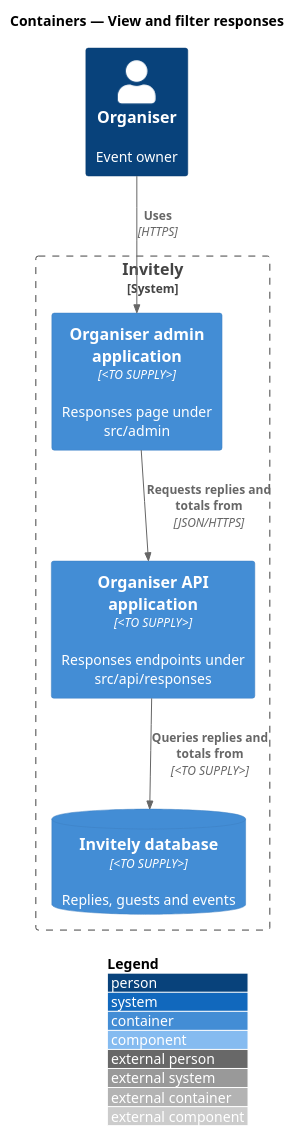
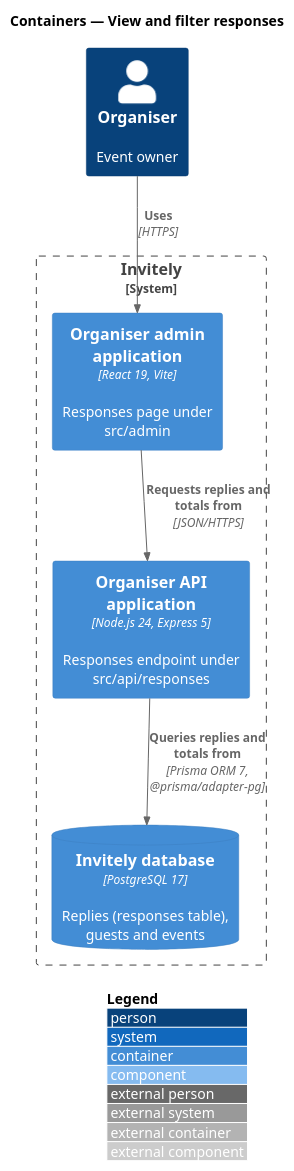
One commit to QuinntyneBrown/rsvp-cms changed the diagram in docs/detailed-designs/responses/view-responses/diagrams/c4-container.puml. Above: the diagram before and after it, drawn with PlantUML. The commit also changed 45 other files, not shown here.

Commit message:
Add design-system component pages and tokens.json, fill in technologies in design diagrams

```diff
--- a/docs/detailed-designs/responses/view-responses/diagrams/c4-container.puml
+++ b/docs/detailed-designs/responses/view-responses/diagrams/c4-container.puml
@@ -1,15 +1,15 @@
 @startuml
 !include <C4/C4_Component>
 LAYOUT_WITH_LEGEND()
 title Containers — View and filter responses
 
 Person(organiser, "Organiser", "Event owner")
 System_Boundary(invitely, "Invitely") {
-  Container(admin, "Organiser admin application", "<TO SUPPLY>", "Responses page under src/admin")
-  Container(api, "Organiser API application", "<TO SUPPLY>", "Responses endpoints under src/api/responses")
-  ContainerDb(db, "Invitely database", "<TO SUPPLY>", "Replies, guests and events")
+  Container(admin, "Organiser admin application", "React 19, Vite", "Responses page under src/admin")
+  Container(api, "Organiser API application", "Node.js 24, Express 5", "Responses endpoint under src/api/responses")
+  ContainerDb(db, "Invitely database", "PostgreSQL 17", "Replies (responses table), guests and events")
 }
 Rel(organiser, admin, "Uses", "HTTPS")
 Rel(admin, api, "Requests replies and totals from", "JSON/HTTPS")
-Rel(api, db, "Queries replies and totals from", "<TO SUPPLY>")
+Rel(api, db, "Queries replies and totals from", "Prisma ORM 7, @prisma/adapter-pg")
 @enduml
```
